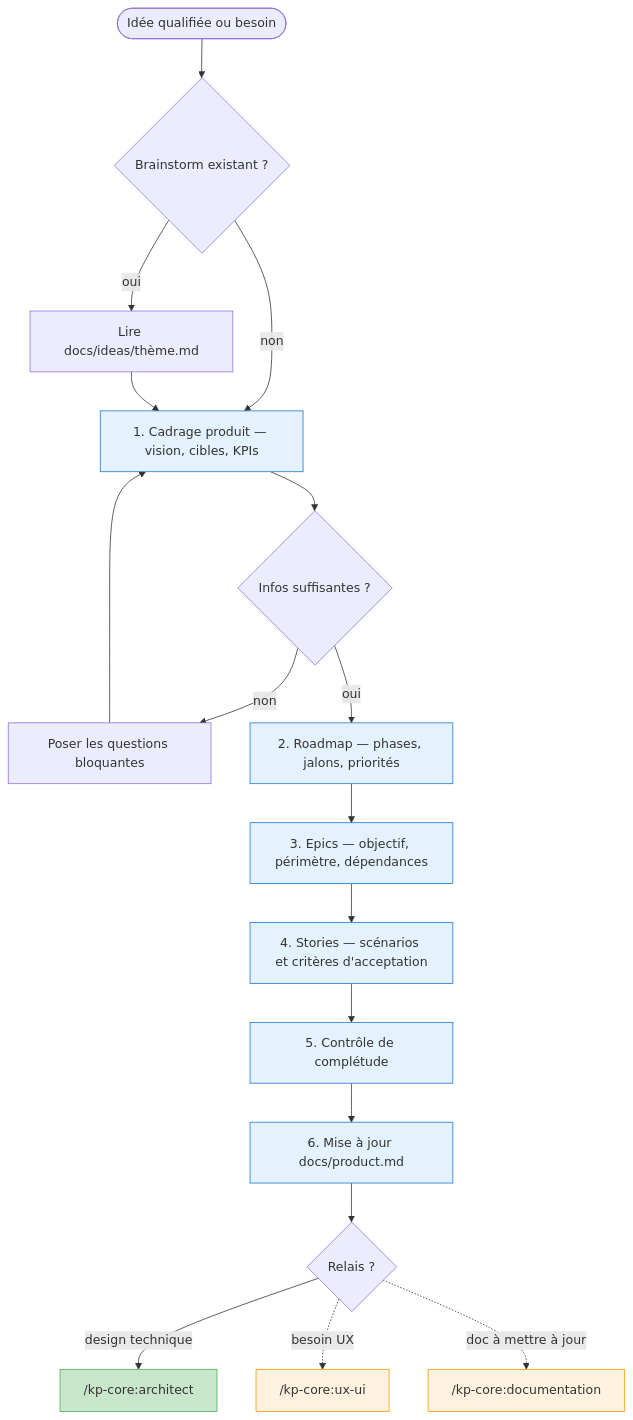
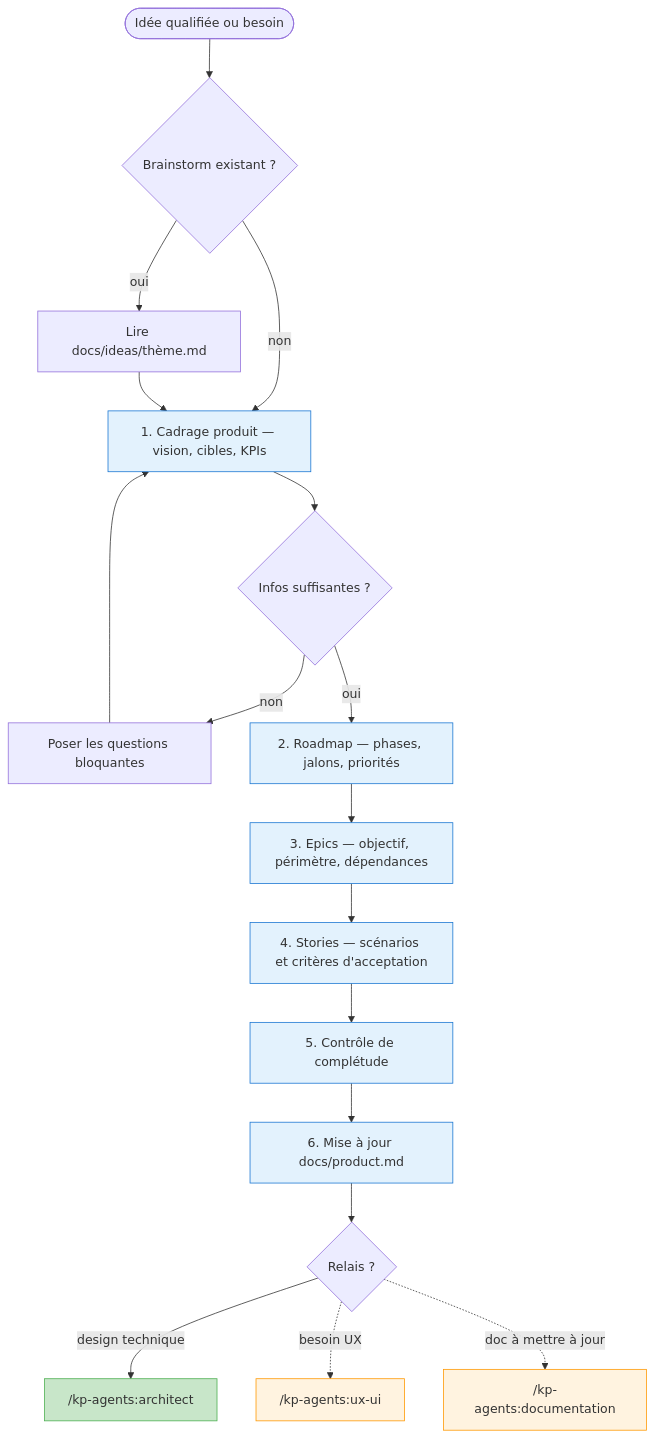
One commit to KeyProd/kp-agents changed the third of 8 diagrams in docs/agents.md. Above: the diagram before and after it, drawn with Mermaid. The commit also changed other lines of this file and 22 other files, not shown here.

First line of the commit message:
feat(S-0003): release kp-agents-v0.1.0 (rename kp-core -> kp-agents + bump)

````diff
--- a/docs/agents.md
+++ b/docs/agents.md
@@ -116,39 +116,39 @@
 ```mermaid
 flowchart TD
     START([Idée qualifiée ou besoin]) --> IDEAS{Brainstorm existant ?}
     IDEAS -->|oui| READ_IDEA[Lire docs/ideas/thème.md]
     IDEAS -->|non| CADRAGE
     READ_IDEA --> CADRAGE
 
     CADRAGE[1. Cadrage produit — vision, cibles, KPIs]
     CADRAGE --> STOP_C{Infos suffisantes ?}
     STOP_C -->|non| QUESTIONS[Poser les questions bloquantes]
     QUESTIONS --> CADRAGE
     STOP_C -->|oui| ROADMAP
 
     ROADMAP[2. Roadmap — phases, jalons, priorités]
     ROADMAP --> EPICS
 
     EPICS[3. Epics — objectif, périmètre, dépendances]
     EPICS --> STORIES
 
     STORIES[4. Stories — scénarios et critères d'acceptation]
     STORIES --> CHECK_Q[5. Contrôle de complétude]
     CHECK_Q --> PRODUCT_MD[6. Mise à jour docs/product.md]
     PRODUCT_MD --> OUT
 
     OUT{Relais ?}
-    OUT -->|design technique| ARCHITECT["/kp-core:architect"]
-    OUT -.->|besoin UX| UX["/kp-core:ux-ui"]
-    OUT -.->|doc à mettre à jour| DOC["/kp-core:documentation"]
+    OUT -->|design technique| ARCHITECT["/kp-agents:architect"]
+    OUT -.->|besoin UX| UX["/kp-agents:ux-ui"]
+    OUT -.->|doc à mettre à jour| DOC["/kp-agents:documentation"]
 
     style CADRAGE fill:#e3f2fd,stroke:#1976D2
     style ROADMAP fill:#e3f2fd,stroke:#1976D2
     style EPICS fill:#e3f2fd,stroke:#1976D2
     style STORIES fill:#e3f2fd,stroke:#1976D2
     style CHECK_Q fill:#e3f2fd,stroke:#1976D2
     style PRODUCT_MD fill:#e3f2fd,stroke:#1976D2
     style ARCHITECT fill:#c8e6c9,stroke:#4CAF50
     style UX fill:#fff3e0,stroke:#FF9800
     style DOC fill:#fff3e0,stroke:#FF9800
 ```
````
